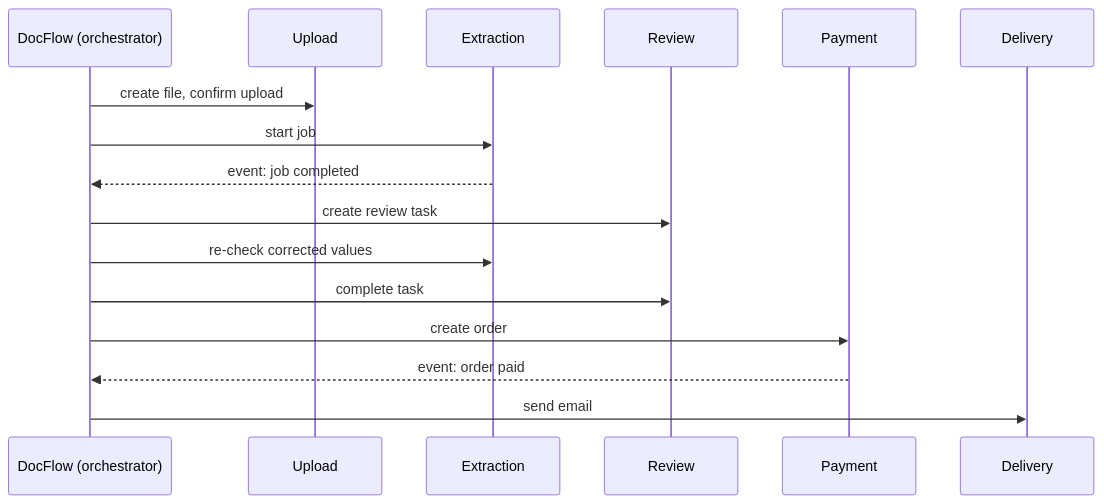
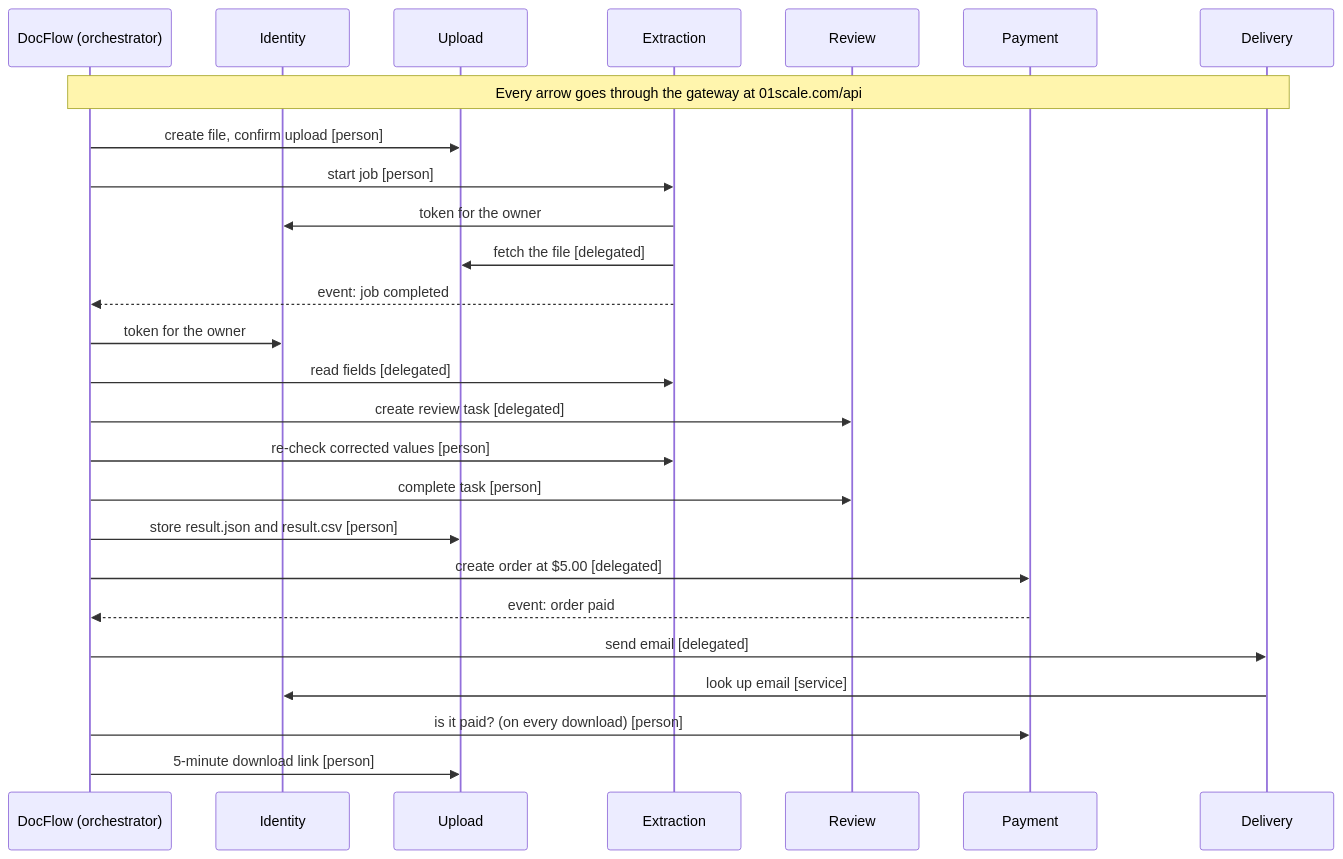
One commit to founder2863/01scale.com changed the seventh of 8 diagrams in docs/architecture/ARCHITECTURE.md. Above: the diagram before and after it, drawn with Mermaid. The commit also changed other lines of this file and 1 other file, not shown here.

First line of the commit message:
ARCHITECTURE.md: sequence diagram with the token on each call, account deletion diagram, the three review decisions

````diff
--- a/docs/architecture/ARCHITECTURE.md
+++ b/docs/architecture/ARCHITECTURE.md
@@ -364,18 +364,28 @@
 ```mermaid
 sequenceDiagram
   participant D as DocFlow (orchestrator)
+  participant I as Identity
   participant U as Upload
   participant X as Extraction
   participant R as Review
   participant P as Payment
   participant L as Delivery
-  D->>U: create file, confirm upload
-  D->>X: start job
+  Note over D,L: Every arrow goes through the gateway at 01scale.com/api
+  D->>U: create file, confirm upload [person]
+  D->>X: start job [person]
+  X->>I: token for the owner
+  X->>U: fetch the file [delegated]
   X-->>D: event: job completed
-  D->>R: create review task
-  D->>X: re-check corrected values
-  D->>R: complete task
-  D->>P: create order
+  D->>I: token for the owner
+  D->>X: read fields [delegated]
+  D->>R: create review task [delegated]
+  D->>X: re-check corrected values [person]
+  D->>R: complete task [person]
+  D->>U: store result.json and result.csv [person]
+  D->>P: create order at $5.00 [delegated]
   P-->>D: event: order paid
-  D->>L: send email
+  D->>L: send email [delegated]
+  L->>I: look up email [service]
+  D->>P: is it paid? (on every download) [person]
+  D->>U: 5-minute download link [person]
 ```
````
